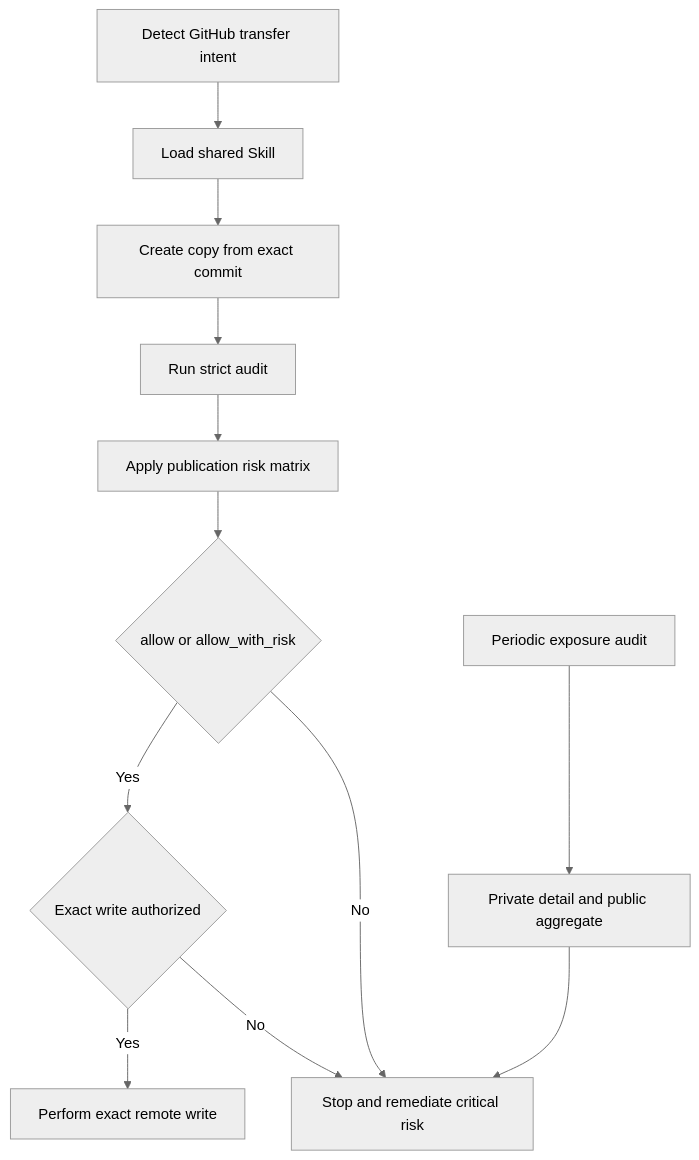
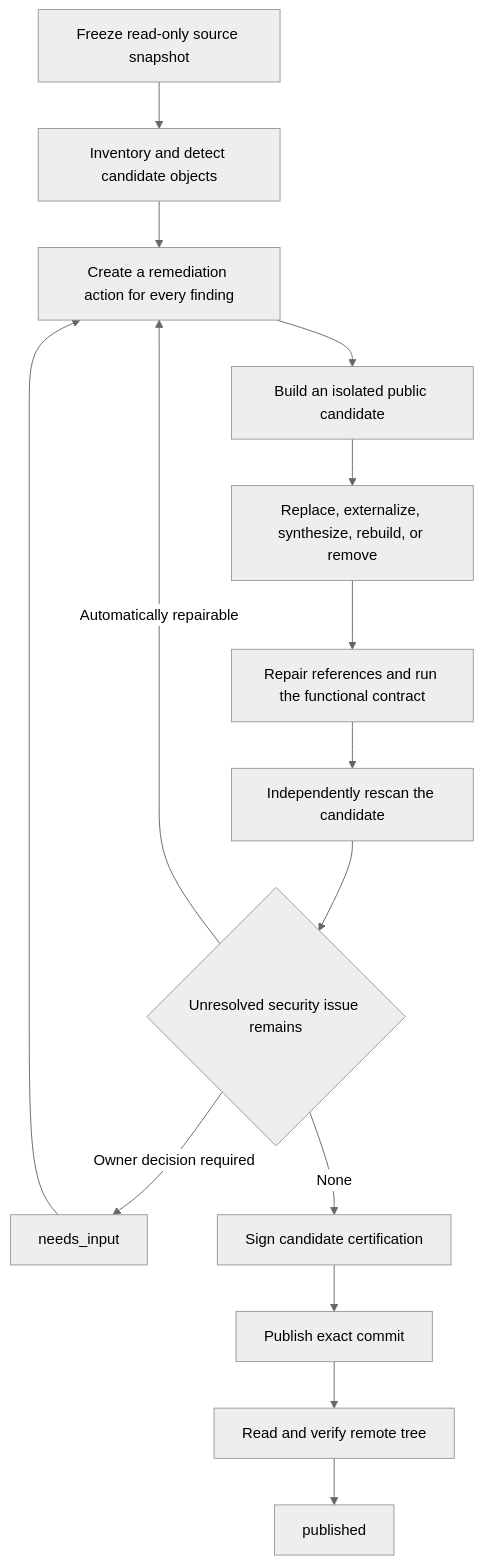
The diagram in README.en.md (AIALRA-0/agent-github-safe-publish), drawn with Mermaid (neutral theme) before and after one commit. The commit also changed other lines of this file and 21 other files, not shown here.

Commit message:
feat: add isolated trusted publication beta

````diff
--- a/README.en.md
+++ b/README.en.md
@@ -60,15 +41,17 @@
 ```mermaid
-%% Both audit modes share policy, but only the exact check produces a publication decision
 flowchart TD
-    A[Detect GitHub transfer intent] --> B[Load shared Skill]
-    B --> C[Create copy from exact commit]
-    C --> D[Run strict audit]
-    D --> E[Apply publication risk matrix]
-    E --> K{allow or allow_with_risk}
-    K -->|No| F[Stop and remediate critical risk]
-    K -->|Yes| G{Exact write authorized}
-    G -->|No| F
-    G -->|Yes| H[Perform exact remote write]
-    I[Periodic exposure audit] --> J[Private detail and public aggregate]
-    J --> F
+    A[Freeze read-only source snapshot] --> B[Inventory and detect candidate objects]
+    B --> C[Create a remediation action for every finding]
+    C --> D[Build an isolated public candidate]
+    D --> E[Replace, externalize, synthesize, rebuild, or remove]
+    E --> F[Repair references and run the functional contract]
+    F --> G[Independently rescan the candidate]
+    G --> H{Unresolved security issue remains}
+    H -->|Automatically repairable| C
+    H -->|Owner decision required| I[needs_input]
+    I --> C
+    H -->|None| J[Sign candidate certification]
+    J --> K[Publish exact commit]
+    K --> L[Read and verify remote tree]
+    L --> M[published]
 ```
````
